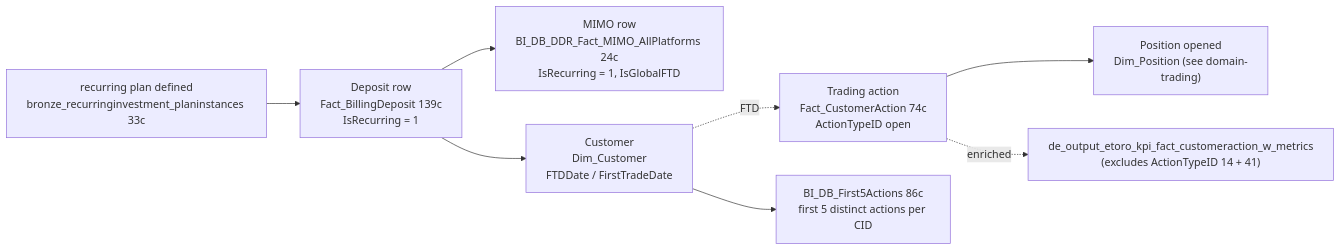
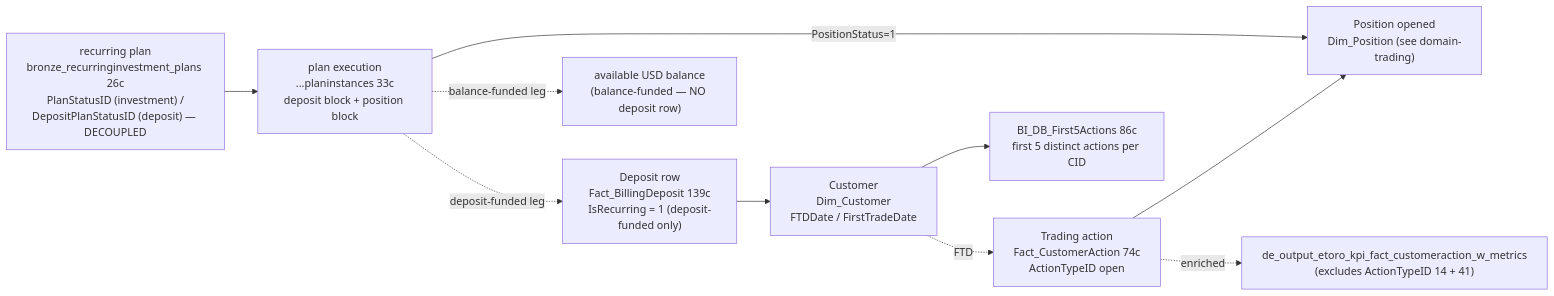
One commit to guyman-tr/Databricks_Knowledge changed the diagram in knowledge/skills/domain-cross/recurring-deposits-and-investments.md. Above: the diagram before and after it, drawn with Mermaid. The commit also changed other lines of this file and 460 other files, not shown here.

````diff
--- a/knowledge/skills/domain-cross/recurring-deposits-and-investments.md
+++ b/knowledge/skills/domain-cross/recurring-deposits-and-investments.md
@@ -97,17 +139,21 @@
 ```mermaid
 graph LR
-    Plan["recurring plan defined<br/>bronze_recurringinvestment_planinstances 33c"]
-    Dep["Deposit row<br/>Fact_BillingDeposit 139c<br/>IsRecurring = 1"]
-    DepMimo["MIMO row<br/>BI_DB_DDR_Fact_MIMO_AllPlatforms 24c<br/>IsRecurring = 1, IsGlobalFTD"]
+    Plan["recurring plan<br/>bronze_recurringinvestment_plans 26c<br/>PlanStatusID (investment) /<br/>DepositPlanStatusID (deposit) — DECOUPLED"]
+    Inst["plan execution<br/>...planinstances 33c<br/>deposit block + position block"]
+    Dep["Deposit row<br/>Fact_BillingDeposit 139c<br/>IsRecurring = 1 (deposit-funded only)"]
+    Bal["available USD balance<br/>(balance-funded — NO deposit row)"]
     Cust["Customer<br/>Dim_Customer<br/>FTDDate / FirstTradeDate"]
     Action["Trading action<br/>Fact_CustomerAction 74c<br/>ActionTypeID open"]
     Pos["Position opened<br/>Dim_Position (see domain-trading)"]
     First5["BI_DB_First5Actions 86c<br/>first 5 distinct actions per CID"]
     WMetrics["de_output_etoro_kpi_fact_customeraction_w_metrics<br/>(excludes ActionTypeID 14 + 41)"]
 
-    Plan --> Dep --> DepMimo
+    Plan --> Inst
+    Inst -.deposit-funded leg.-> Dep
+    Inst -.balance-funded leg.-> Bal
     Dep --> Cust
+    Inst -->|PositionStatus=1| Pos
     Cust -.FTD.-> Action --> Pos
     Cust --> First5
     Action -.enriched.-> WMetrics
 ```
````
